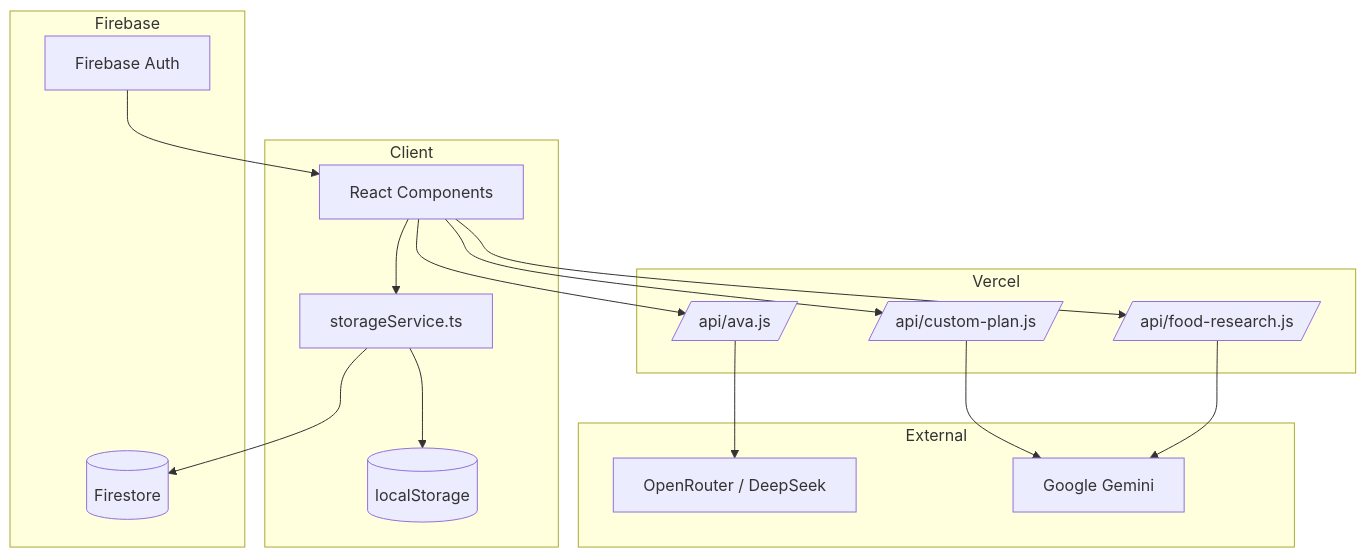
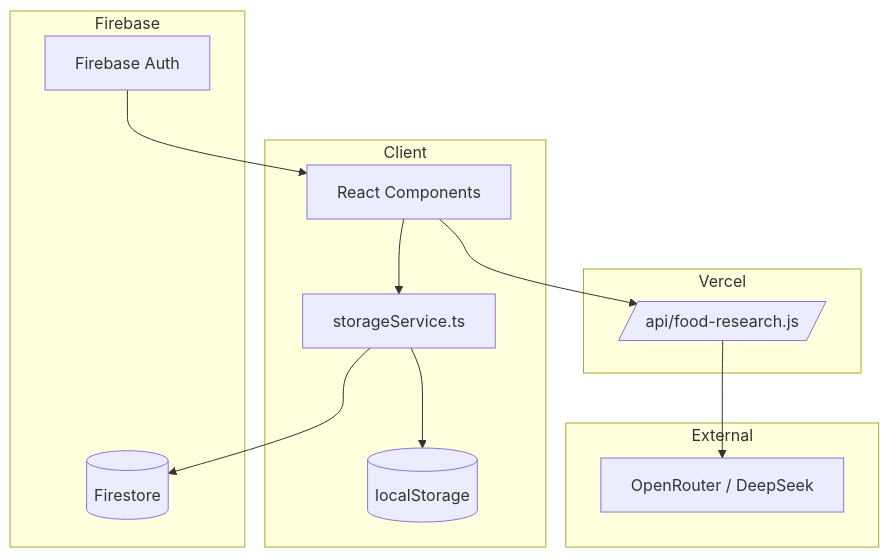
The fourth of 5 diagrams in docs/app-guide.md (tanakaprince49-cell/NESTLYY), drawn with Mermaid before and after one commit. The commit also changed other lines of this file and 35 other files, not shown here.

First line of the commit message:
feat(#295): remove Ava, Symptom Decoder, and Custom Meal Plan (#310)

````diff
--- a/docs/app-guide.md
+++ b/docs/app-guide.md
@@ -70,31 +69,26 @@
 ```mermaid
 flowchart TD
     subgraph Client
         UI[React Components]
         SS[storageService.ts]
         LS[(localStorage)]
     end
 
     subgraph Firebase
         AUTH[Firebase Auth]
         FS[(Firestore)]
     end
 
     subgraph Vercel
-        AVA_API[/api/ava.js/]
-        PLAN_API[/api/custom-plan.js/]
         FOOD_API[/api/food-research.js/]
     end
 
     subgraph External
         OR[OpenRouter / DeepSeek]
-        GEM[Google Gemini]
     end
 
     UI --> SS --> LS
     SS --> FS
     AUTH --> UI
-    UI --> AVA_API --> OR
-    UI --> PLAN_API --> GEM
-    UI --> FOOD_API --> GEM
+    UI --> FOOD_API --> OR
 ```
````
